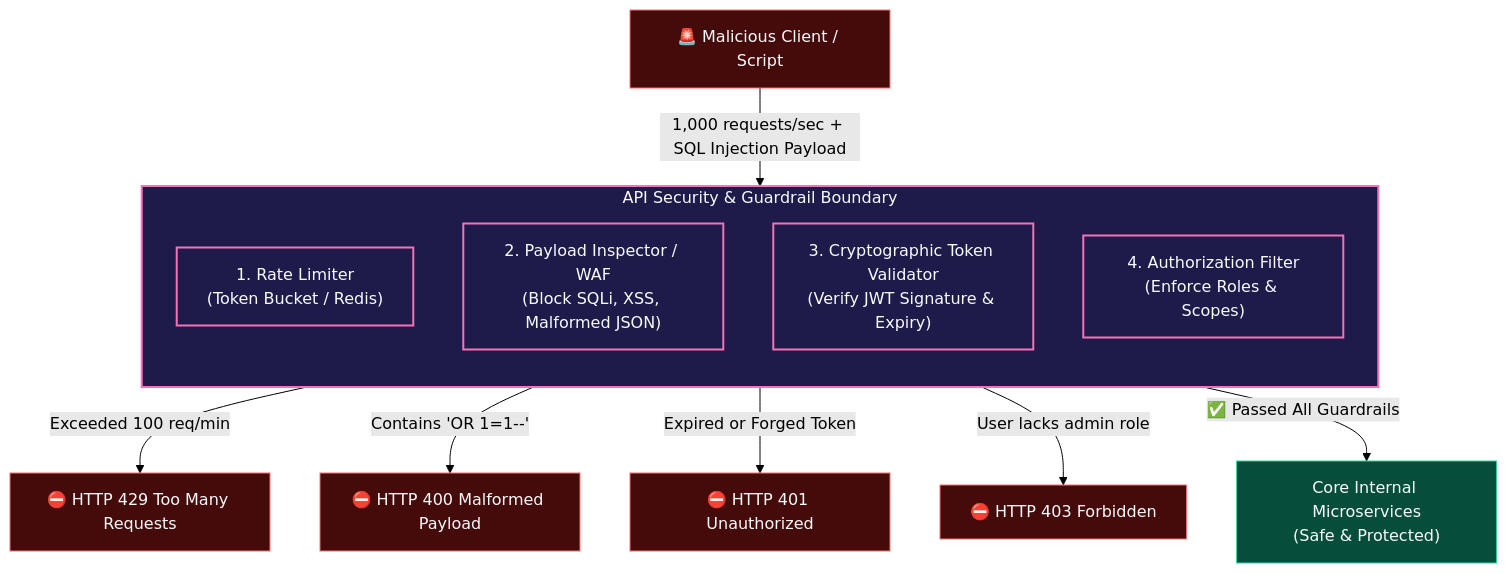
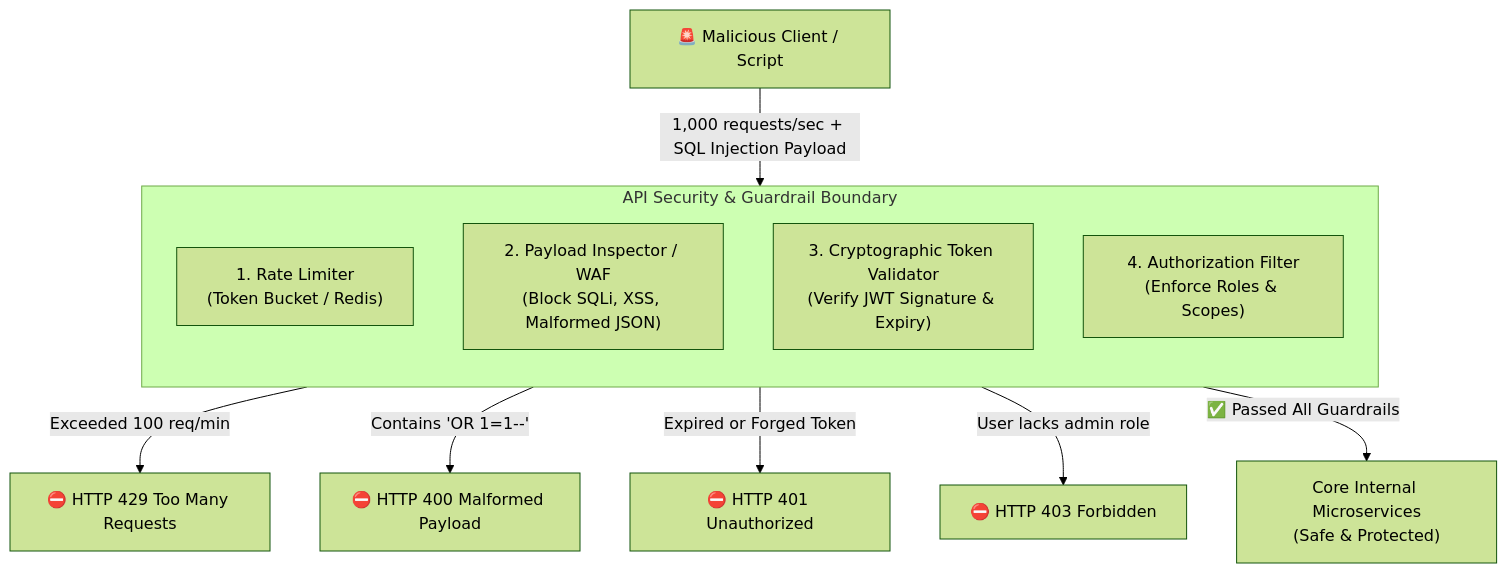
Before and after one commit to AkmKawser/System-Design: the seventh of 50 diagrams in topics/0.FUNDAMENTALS/API Architecture and Design/output/Note_version-1_API_Architecture_and_Design/API_Architecture_and_Design.md, drawn with Mermaid (forest theme). The commit also changed other lines of this file and 6 other files, not shown here.

Commit message:
fix(diagrams): remove dark fills and rects to ensure full visibility on GitHub light theme

````diff
--- a/topics/0.FUNDAMENTALS/API Architecture and Design/output/Note_version-1_API_Architecture_and_Design/API_Architecture_and_Design.md
+++ b/topics/0.FUNDAMENTALS/API Architecture and Design/output/Note_version-1_API_Architecture_and_Design/API_Architecture_and_Design.md
@@ -342,27 +311,19 @@
 ```mermaid
 flowchart TD
     Attacker["🚨 Malicious Client / Script"] -->|"1,000 requests/sec + SQL Injection Payload"| BorderGuard
 
     subgraph BorderGuard["API Security & Guardrail Boundary"]
         direction TB
         RL["1. Rate Limiter\n(Token Bucket / Redis)"]
         WAF["2. Payload Inspector / WAF\n(Block SQLi, XSS, Malformed JSON)"]
         Auth["3. Cryptographic Token Validator\n(Verify JWT Signature & Expiry)"]
         RBAC["4. Authorization Filter\n(Enforce Roles & Scopes)"]
     end
 
     RL -->|"Exceeded 100 req/min"| E429["⛔ HTTP 429 Too Many Requests"]
     WAF -->|"Contains 'OR 1=1--'"| E400["⛔ HTTP 400 Malformed Payload"]
     Auth -->|"Expired or Forged Token"| E401["⛔ HTTP 401 Unauthorized"]
     RBAC -->|"User lacks admin role"| E403["⛔ HTTP 403 Forbidden"]
 
     BorderGuard -->|"✅ Passed All Guardrails"| CoreBackend["Core Internal Microservices\n(Safe & Protected)"]
-
-    classDef bad fill:#450a0a,stroke:#f87171,stroke-width:1px,color:#f8fafc;
-    classDef guard fill:#1e1b4b,stroke:#f472b6,stroke-width:2px,color:#f8fafc;
-    classDef good fill:#064e3b,stroke:#34d399,stroke-width:1px,color:#f8fafc;
-
-    class Attacker,E429,E400,E401,E403 bad;
-    class BorderGuard,RL,WAF,Auth,RBAC guard;
-    class CoreBackend good;
 ```
````
